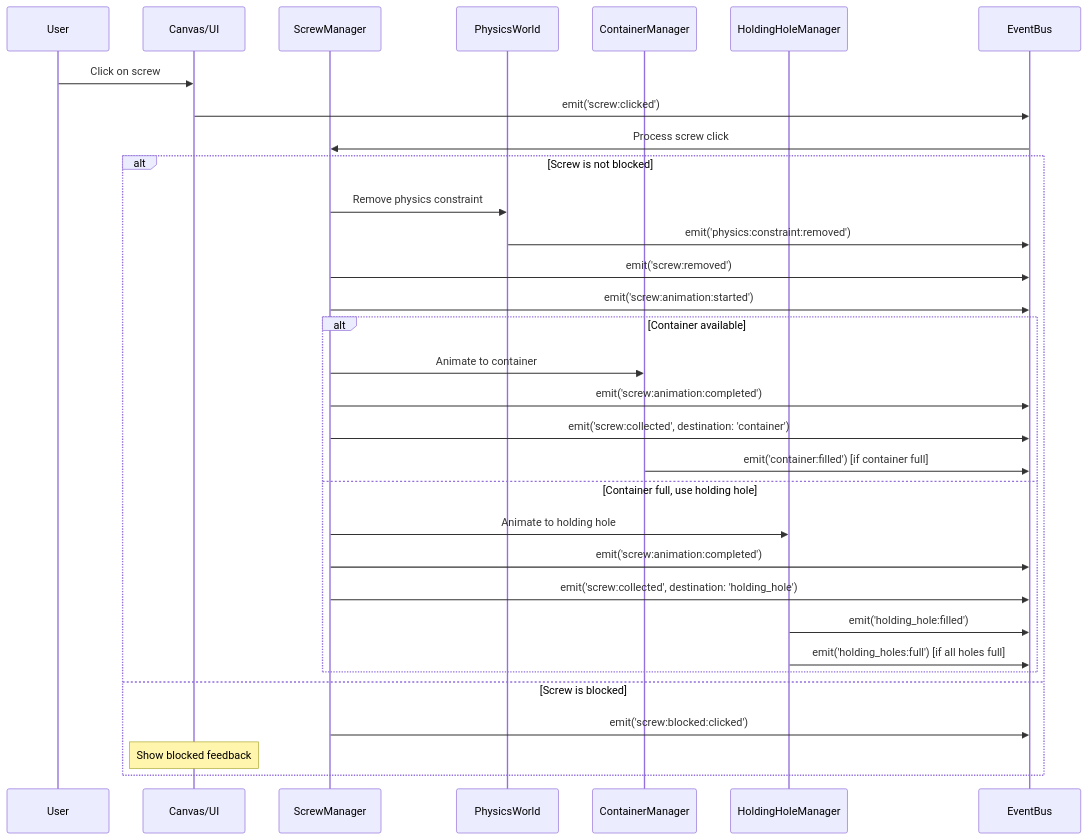
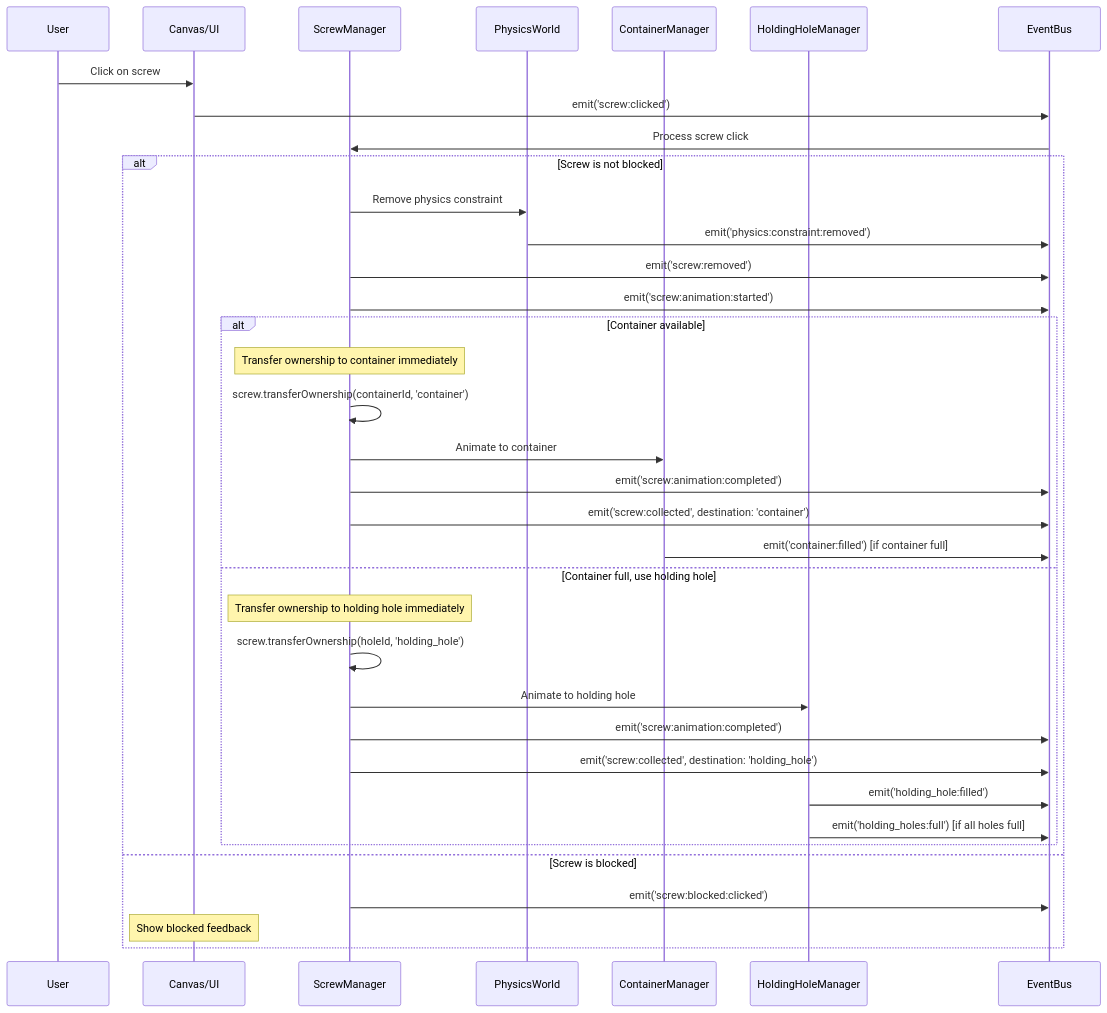
Before and after one commit to paulrobello/par-shape-2d: the first of 6 diagrams in docs/game_event_flows.md, drawn with Mermaid. The commit also changed other lines of this file and 7 other files, not shown here.

First line of the commit message:
Implement comprehensive screw ownership transfer system

````diff
--- a/docs/game_event_flows.md
+++ b/docs/game_event_flows.md
@@ -103,37 +104,41 @@
 ```mermaid
 sequenceDiagram
     participant User
     participant UI as Canvas/UI
     participant SM as ScrewManager
     participant PM as PhysicsWorld
     participant CM as ContainerManager
     participant HM as HoldingHoleManager
     participant EB as EventBus
 
     User->>UI: Click on screw
     UI->>EB: emit('screw:clicked')
     EB->>SM: Process screw click
     
     alt Screw is not blocked
         SM->>PM: Remove physics constraint
         PM->>EB: emit('physics:constraint:removed')
         SM->>EB: emit('screw:removed')
         SM->>EB: emit('screw:animation:started')
         
         alt Container available
+            Note over SM: Transfer ownership to container immediately
+            SM->>SM: screw.transferOwnership(containerId, 'container')
             SM->>CM: Animate to container
             SM->>EB: emit('screw:animation:completed')
             SM->>EB: emit('screw:collected', destination: 'container')
             CM->>EB: emit('container:filled') [if container full]
         else Container full, use holding hole
+            Note over SM: Transfer ownership to holding hole immediately
+            SM->>SM: screw.transferOwnership(holeId, 'holding_hole')
             SM->>HM: Animate to holding hole
             SM->>EB: emit('screw:animation:completed')
             SM->>EB: emit('screw:collected', destination: 'holding_hole')
             HM->>EB: emit('holding_hole:filled')
             HM->>EB: emit('holding_holes:full') [if all holes full]
         end
     else Screw is blocked
         SM->>EB: emit('screw:blocked:clicked')
         Note over UI: Show blocked feedback
     end
 ```
````
